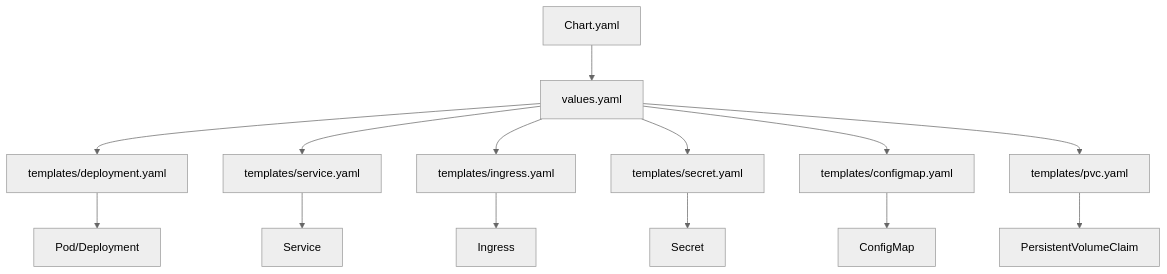
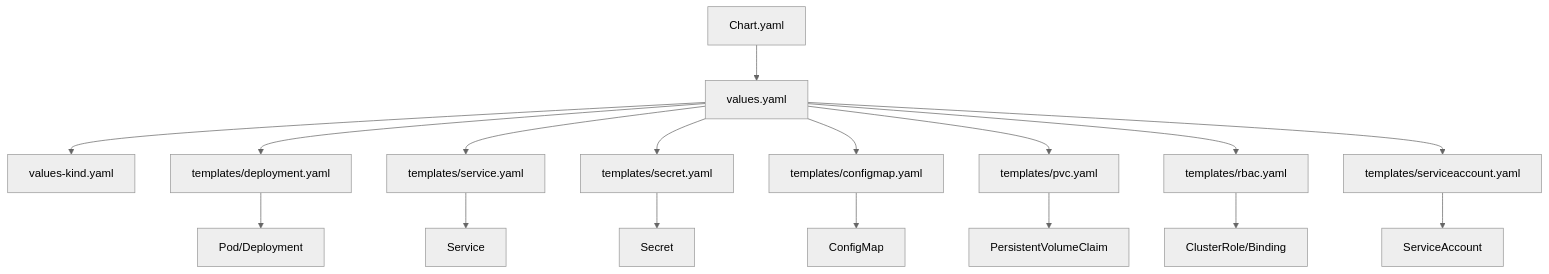
Before and after one commit to kudig-io/klaw: the first of 3 diagrams in .qoder/repowiki/zh/content/安装部署/Kubernetes集群部署/Helm Chart 部署.md, drawn with Mermaid (neutral theme). The commit also changed other lines of this file and 336 other files, not shown here.

````diff
--- a/.qoder/repowiki/zh/content/安装部署/Kubernetes集群部署/Helm Chart 部署.md
+++ b/.qoder/repowiki/zh/content/安装部署/Kubernetes集群部署/Helm Chart 部署.md
@@ -39,16 +51,19 @@
 ```mermaid
 graph TB
 A["Chart.yaml"] --> B["values.yaml"]
-B --> C["templates/deployment.yaml"]
-B --> D["templates/service.yaml"]
-B --> E["templates/ingress.yaml"]
+B --> C["values-kind.yaml"]
+B --> D["templates/deployment.yaml"]
+B --> E["templates/service.yaml"]
 B --> F["templates/secret.yaml"]
 B --> G["templates/configmap.yaml"]
 B --> H["templates/pvc.yaml"]
-C --> I["Pod/Deployment"]
-D --> J["Service"]
-E --> K["Ingress"]
-F --> L["Secret"]
-G --> M["ConfigMap"]
-H --> N["PersistentVolumeClaim"]
+B --> I["templates/rbac.yaml"]
+B --> J["templates/serviceaccount.yaml"]
+D --> K["Pod/Deployment"]
+E --> L["Service"]
+F --> M["Secret"]
+G --> N["ConfigMap"]
+H --> O["PersistentVolumeClaim"]
+I --> P["ClusterRole/Binding"]
+J --> Q["ServiceAccount"]
 ```
````
